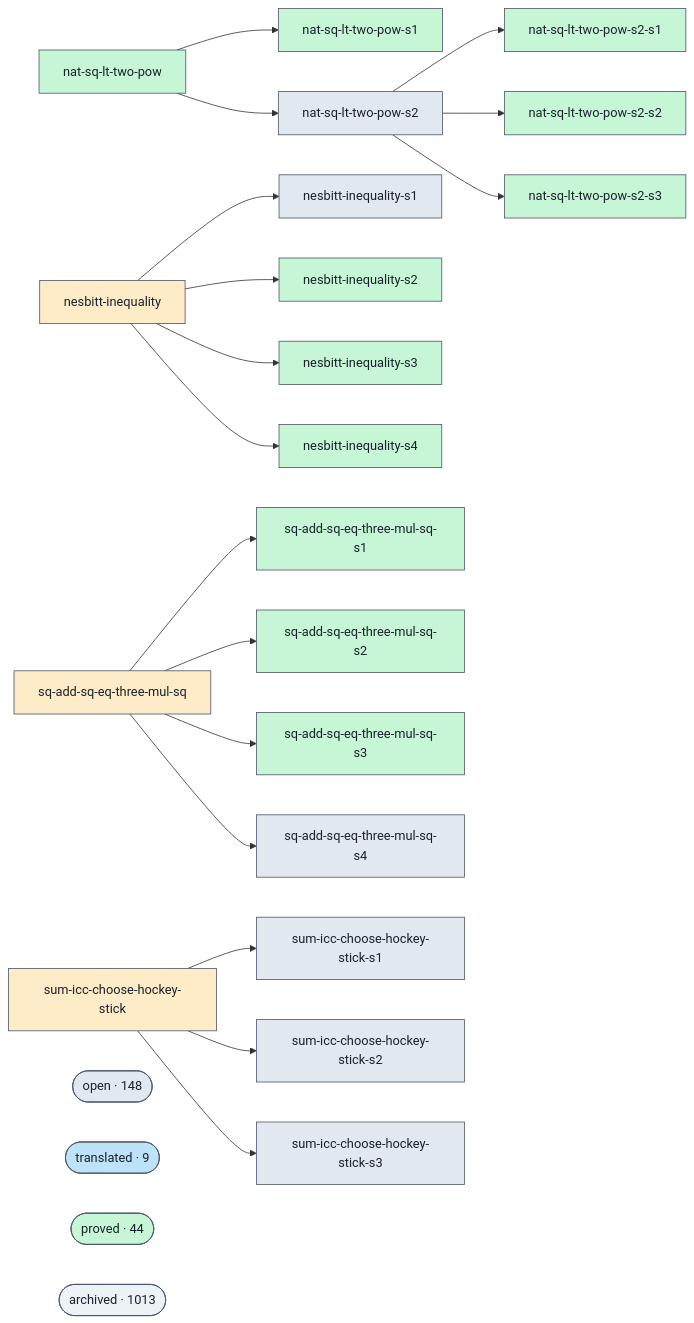
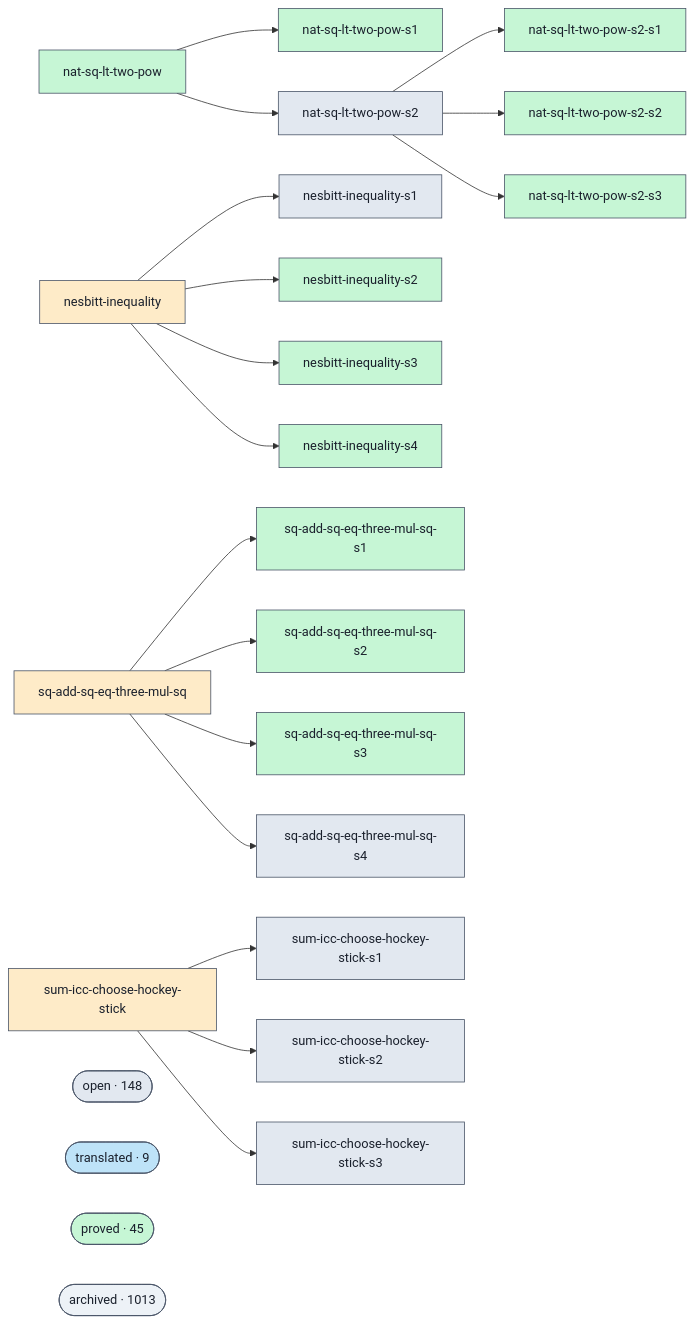
Before and after one commit to ohdearquant/unsorry: the diagram in docs/proofs-contributors-visualisation.md, drawn with Mermaid. The commit also changed other lines of this file and 2 other files, not shown here.

```diff
--- a/docs/proofs-contributors-visualisation.md
+++ b/docs/proofs-contributors-visualisation.md
@@ -102,7 +102,7 @@
   class cluster_open open;
   cluster_translated(["translated · 9"])
   class cluster_translated translated;
-  cluster_proved(["proved · 44"])
+  cluster_proved(["proved · 45"])
   class cluster_proved proved;
   cluster_archived(["archived · 1013"])
   class cluster_archived unknown;
```
